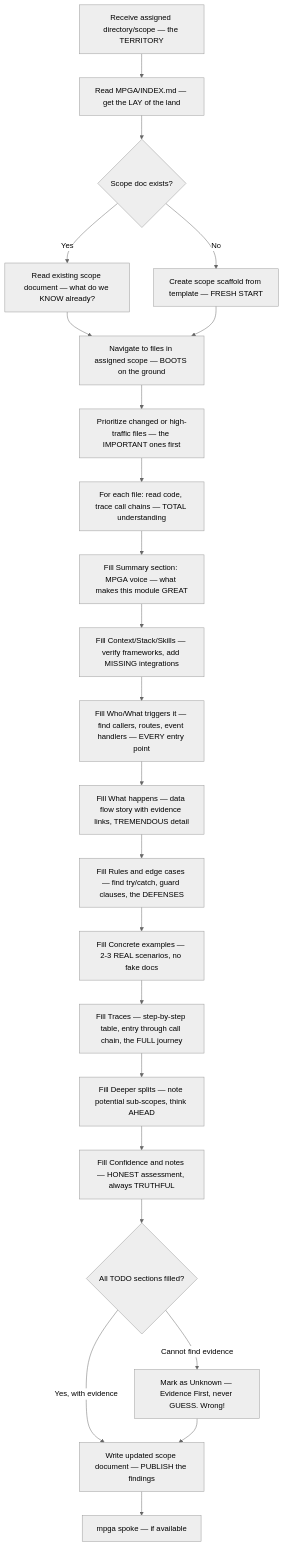
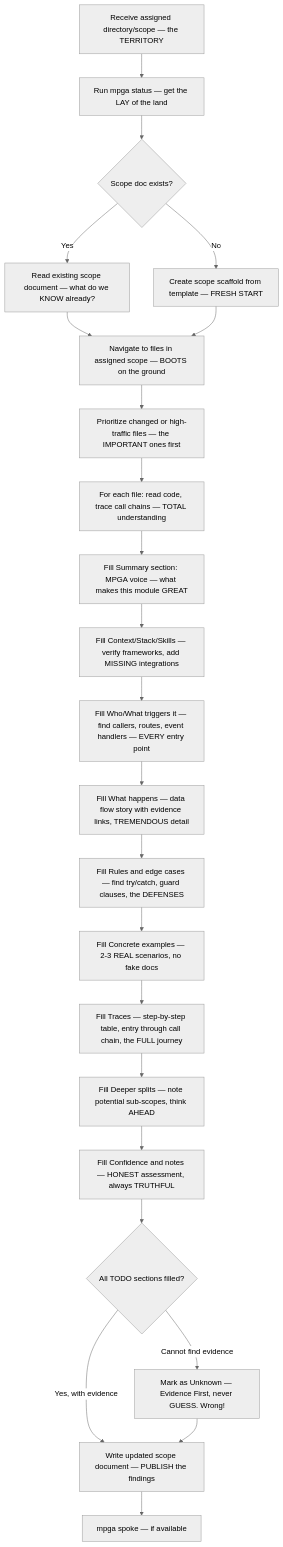
One commit to benrben/MPGA changed the diagram in docs/diagrams/agents/scout.md. Above: the diagram before and after it, drawn with Mermaid (neutral theme). The commit also changed other lines of this file and 278 other files, not shown here.

````diff
--- a/docs/diagrams/agents/scout.md
+++ b/docs/diagrams/agents/scout.md
@@ -5,25 +5,25 @@
 ```mermaid
 flowchart TD
-    A[Receive assigned directory/scope — the TERRITORY] --> B[Read MPGA/INDEX.md — get the LAY of the land]
+    A[Receive assigned directory/scope — the TERRITORY] --> B[Run mpga status — get the LAY of the land]
     B --> C{Scope doc exists?}
     C -->|Yes| D[Read existing scope document — what do we KNOW already?]
     C -->|No| D2[Create scope scaffold from template — FRESH START]
     D --> E[Navigate to files in assigned scope — BOOTS on the ground]
     D2 --> E
     E --> F[Prioritize changed or high-traffic files — the IMPORTANT ones first]
     F --> G[For each file: read code, trace call chains — TOTAL understanding]
     G --> H[Fill Summary section: MPGA voice — what makes this module GREAT]
     H --> I[Fill Context/Stack/Skills — verify frameworks, add MISSING integrations]
     I --> J[Fill Who/What triggers it — find callers, routes, event handlers — EVERY entry point]
     J --> K[Fill What happens — data flow story with evidence links, TREMENDOUS detail]
     K --> L[Fill Rules and edge cases — find try/catch, guard clauses, the DEFENSES]
     L --> M[Fill Concrete examples — 2-3 REAL scenarios, no fake docs]
     M --> N[Fill Traces — step-by-step table, entry through call chain, the FULL journey]
     N --> O[Fill Deeper splits — note potential sub-scopes, think AHEAD]
     O --> P[Fill Confidence and notes — HONEST assessment, always TRUTHFUL]
     P --> Q{All TODO sections filled?}
     Q -->|Yes, with evidence| R[Write updated scope document — PUBLISH the findings]
     Q -->|Cannot find evidence| S["Mark as Unknown — Evidence First, never GUESS. Wrong!"]
     S --> R
     R --> T[mpga spoke — if available]
 ```
````
